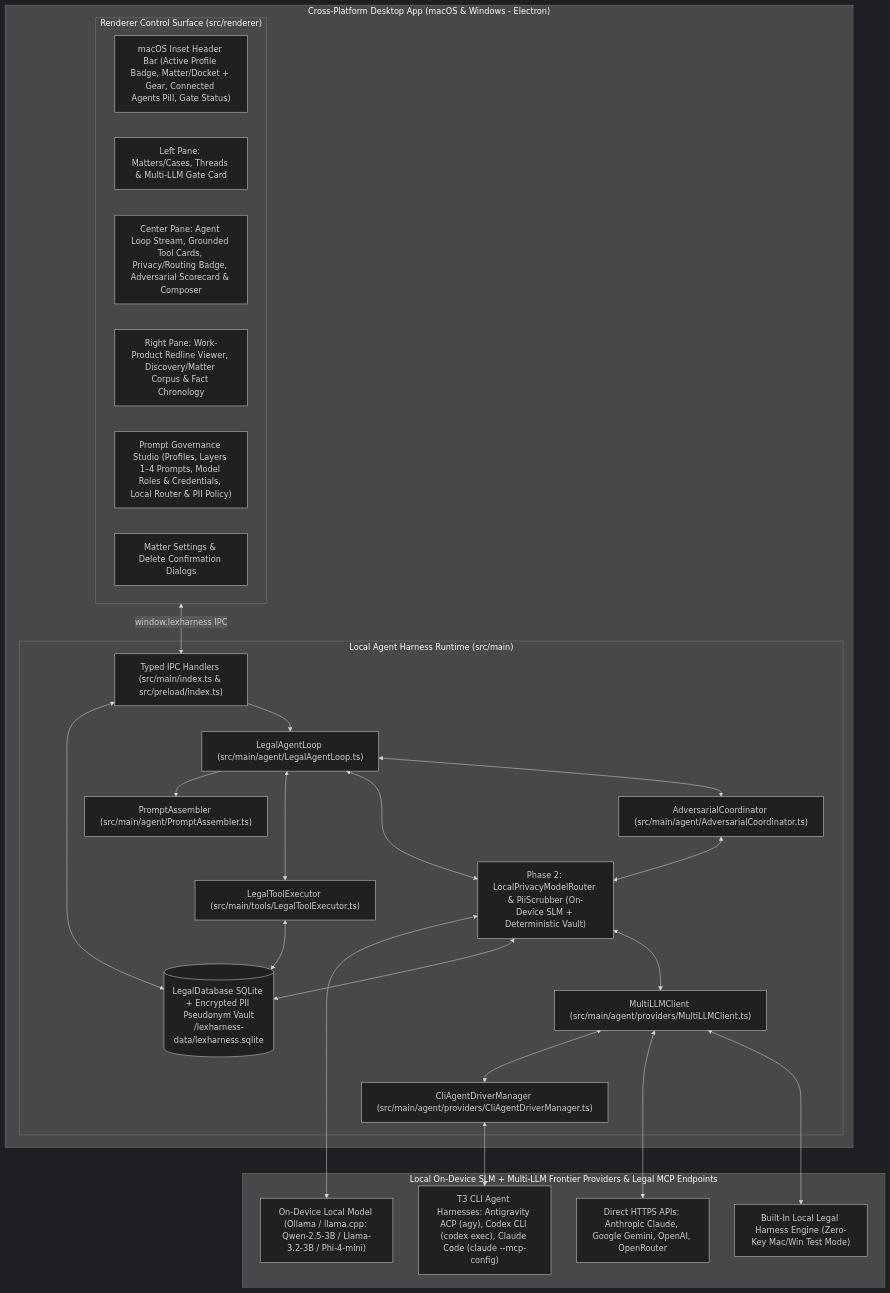
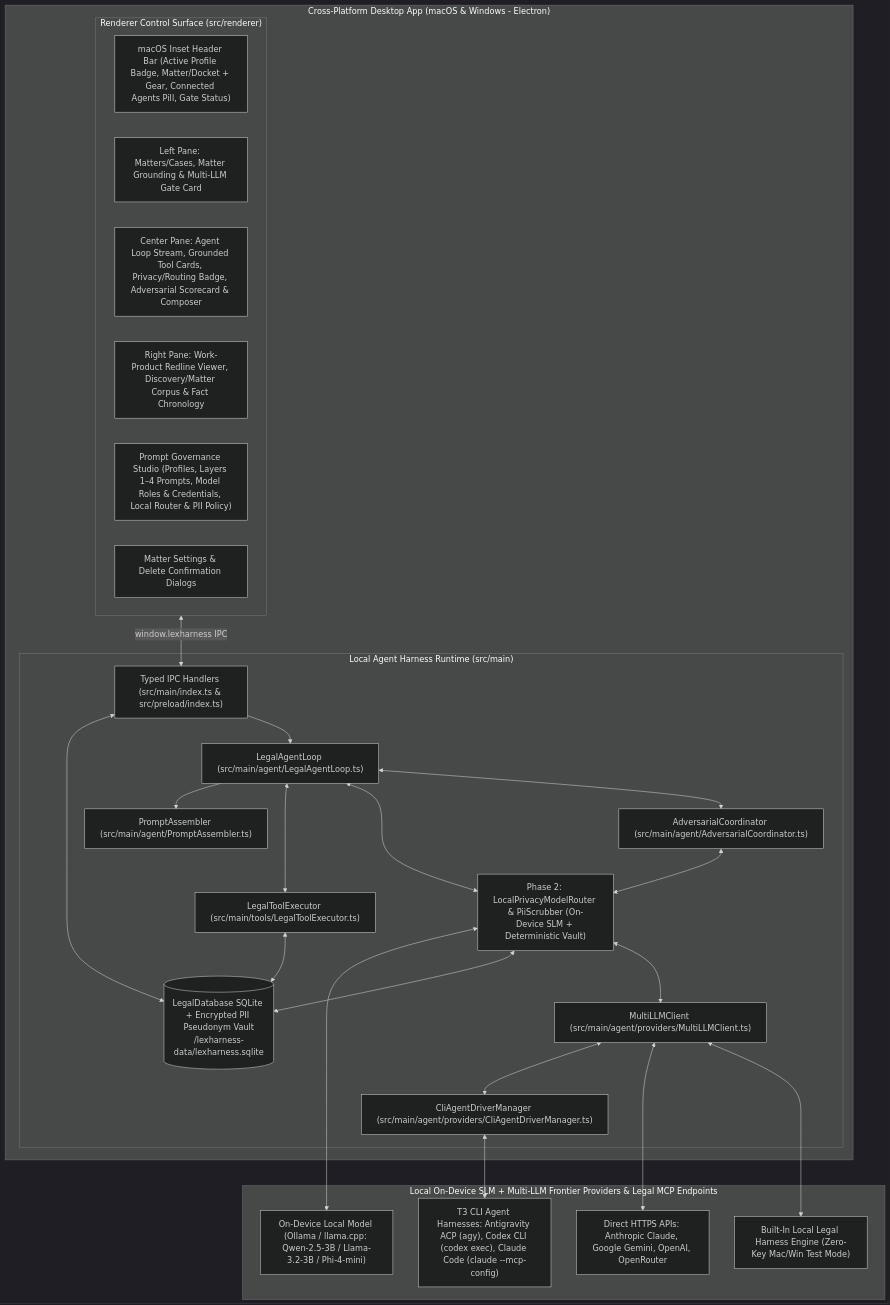
One commit to bentito/free-legal-assist changed the first of 2 diagrams in docs/PLAN.md. Above: the diagram before and after it, drawn with Mermaid (dark theme). The commit also changed other lines of this file and 9 other files, not shown here.

Commit message:
refactor: ground messages directly in Matter, remove threads, and document threads under Future Ideas

````diff
--- a/docs/PLAN.md
+++ b/docs/PLAN.md
@@ -22,49 +22,49 @@
 ```mermaid
 flowchart TB
     subgraph Desktop["Cross-Platform Desktop App (macOS & Windows - Electron)"]
         subgraph UI["Renderer Control Surface (src/renderer)"]
             Header["macOS Inset Header Bar (Active Profile Badge, Matter/Docket + Gear, Connected Agents Pill, Gate Status)"]
-            LeftSidebar["Left Pane: Matters/Cases, Threads & Multi-LLM Gate Card"]
+            LeftSidebar["Left Pane: Matters/Cases, Matter Grounding & Multi-LLM Gate Card"]
             CenterStream["Center Pane: Agent Loop Stream, Grounded Tool Cards, Privacy/Routing Badge, Adversarial Scorecard & Composer"]
             RightPane["Right Pane: Work-Product Redline Viewer, Discovery/Matter Corpus & Fact Chronology"]
             StudioModal["Prompt Governance Studio (Profiles, Layers 1–4 Prompts, Model Roles & Credentials, Local Router & PII Policy)"]
             MatterModal["Matter Settings & Delete Confirmation Dialogs"]
         end
 
         subgraph Core["Local Agent Harness Runtime (src/main)"]
             IPC["Typed IPC Handlers (src/main/index.ts & src/preload/index.ts)"]
             Orchestrator["LegalAgentLoop (src/main/agent/LegalAgentLoop.ts)"]
             PromptAssembler["PromptAssembler (src/main/agent/PromptAssembler.ts)"]
             RouterGateway["Phase 2: LocalPrivacyModelRouter & PiiScrubber (On-Device SLM + Deterministic Vault)"]
             CliDrivers["CliAgentDriverManager (src/main/agent/providers/CliAgentDriverManager.ts)"]
             AdversarialEngine["AdversarialCoordinator (src/main/agent/AdversarialCoordinator.ts)"]
             LLMClient["MultiLLMClient (src/main/agent/providers/MultiLLMClient.ts)"]
             ToolRunner["LegalToolExecutor (src/main/tools/LegalToolExecutor.ts)"]
             DB[("LegalDatabase SQLite + Encrypted PII Pseudonym Vault\n<userData>/lexharness-data/lexharness.sqlite")]
         end
     end
 
     subgraph Providers["Local On-Device SLM + Multi-LLM Frontier Providers & Legal MCP Endpoints"]
         LocalSLM["On-Device Local Model (Ollama / llama.cpp: Qwen-2.5-3B / Llama-3.2-3B / Phi-4-mini)"]
         CLI["T3 CLI Agent Harnesses: Antigravity ACP (agy), Codex CLI (codex exec), Claude Code (claude --mcp-config)"]
         CloudAPIs["Direct HTTPS APIs: Anthropic Claude, Google Gemini, OpenAI, OpenRouter"]
         Sim["Built-In Local Legal Harness Engine (Zero-Key Mac/Win Test Mode)"]
     end
 
     UI <-->|window.lexharness IPC| IPC
     IPC <--> DB
     IPC --> Orchestrator
     Orchestrator --> PromptAssembler
     Orchestrator <--> ToolRunner
     ToolRunner <--> DB
     Orchestrator <--> RouterGateway
     RouterGateway <--> LocalSLM
     RouterGateway <--> DB
     RouterGateway <--> LLMClient
     Orchestrator <--> AdversarialEngine
     AdversarialEngine <--> RouterGateway
     LLMClient <--> CliDrivers
     CliDrivers <--> CLI
     LLMClient <--> CloudAPIs
     LLMClient <--> Sim
 ```
````
